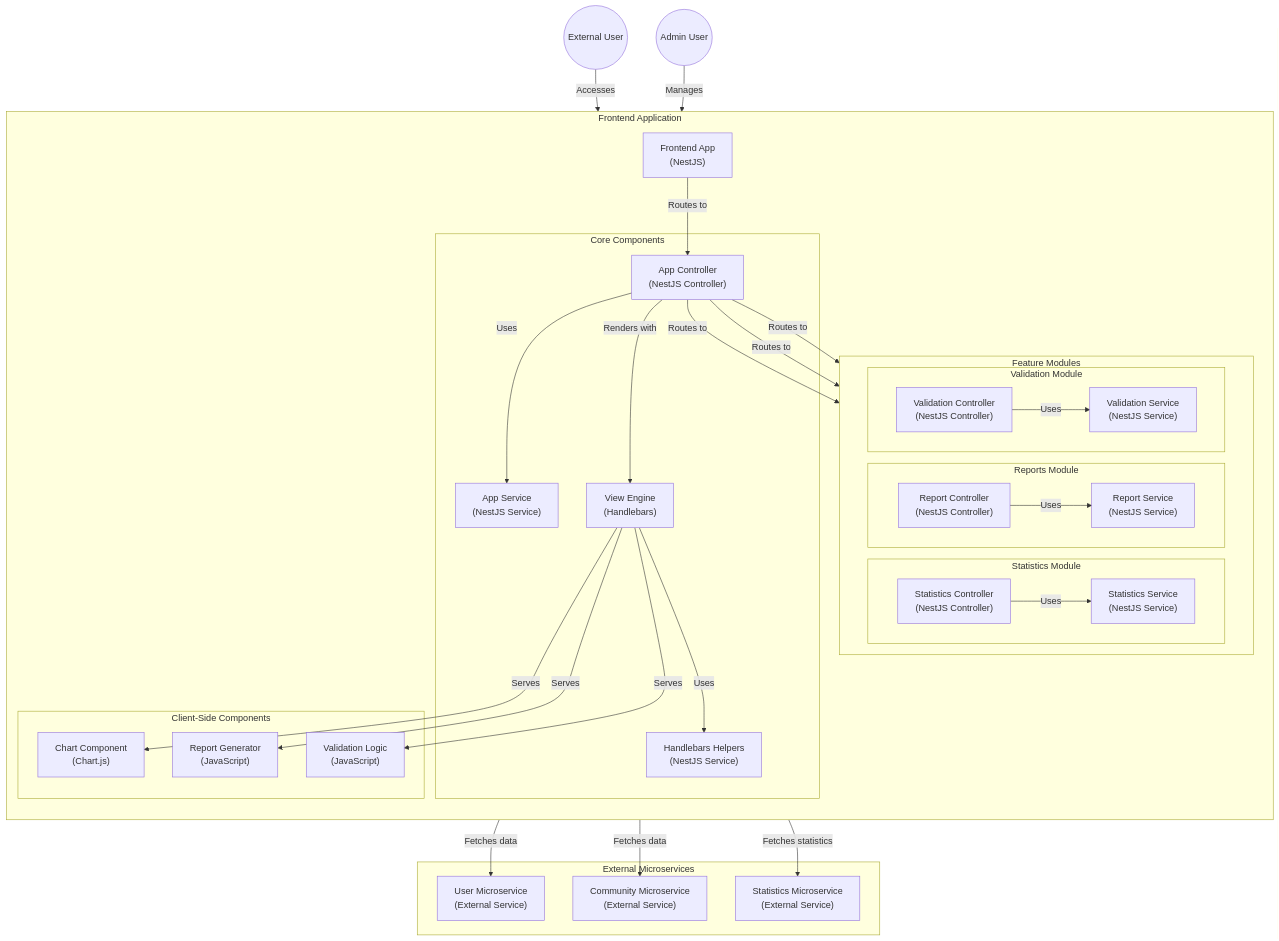
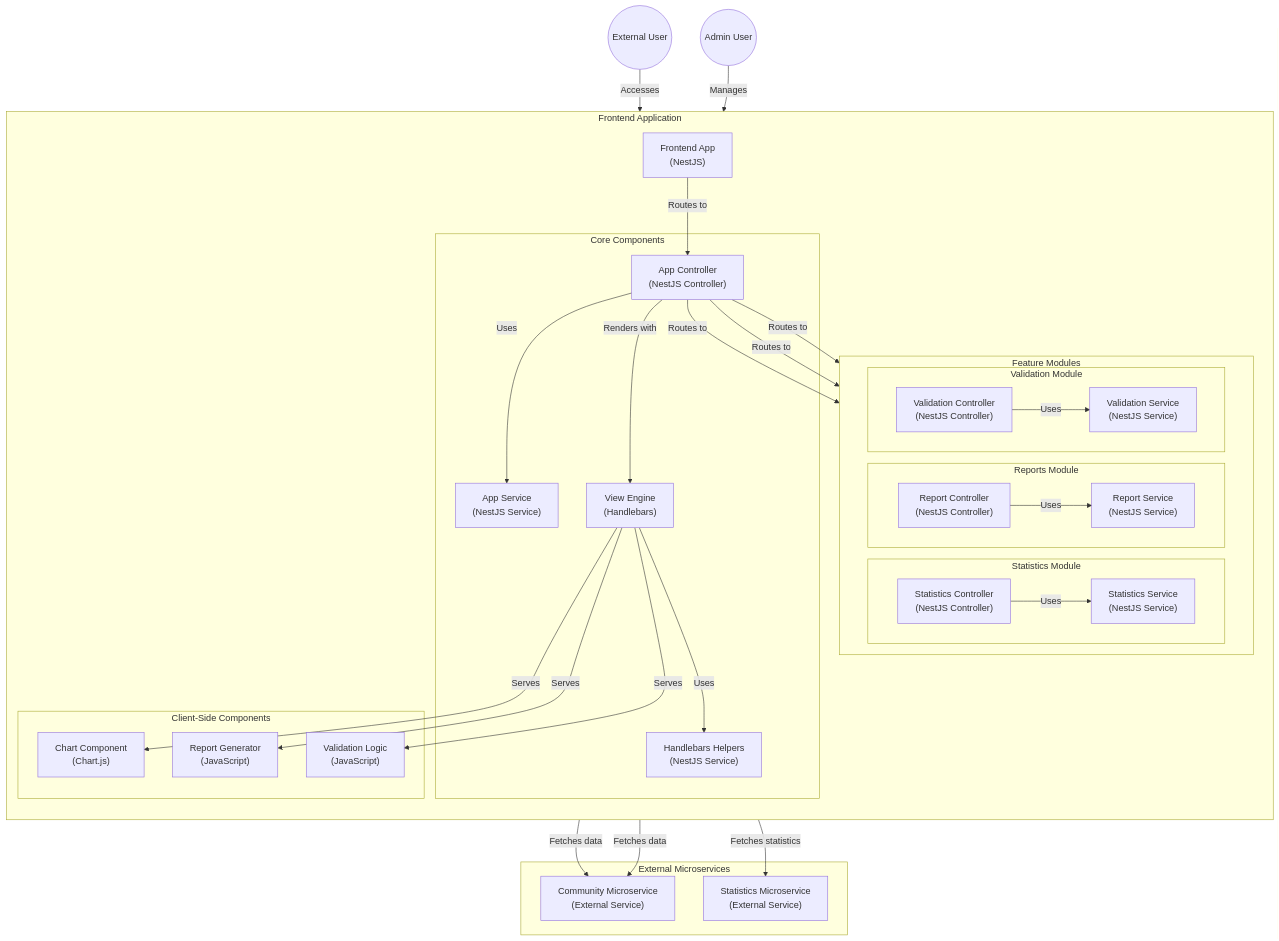
Before and after one commit to UnitHr/SolidarianID: the second of 2 diagrams in README.md, drawn with Mermaid.

Commit message:
refactor: Remove User Microservice reference and update data fetching connections in README

````diff
--- a/README.md
+++ b/README.md
@@ -163,76 +163,75 @@
 ```mermaid
 graph TB
     User((External User))
     Admin((Admin User))
 
     subgraph "Frontend Application"
         direction TB
         FrontendApp["Frontend App<br>(NestJS)"]
 
         subgraph "Core Components"
             AppController["App Controller<br>(NestJS Controller)"]
             AppService["App Service<br>(NestJS Service)"]
             ViewEngine["View Engine<br>(Handlebars)"]
             HelperService["Handlebars Helpers<br>(NestJS Service)"]
         end
 
         subgraph "Feature Modules"
             direction LR
             subgraph "Reports Module"
                 ReportController["Report Controller<br>(NestJS Controller)"]
                 ReportService["Report Service<br>(NestJS Service)"]
             end
 
             subgraph "Statistics Module"
                 StatController["Statistics Controller<br>(NestJS Controller)"]
                 StatService["Statistics Service<br>(NestJS Service)"]
             end
 
             subgraph "Validation Module"
                 ValidController["Validation Controller<br>(NestJS Controller)"]
                 ValidService["Validation Service<br>(NestJS Service)"]
             end
         end
 
         subgraph "Client-Side Components"
             ChartJS["Chart Component<br>(Chart.js)"]
             ReportGen["Report Generator<br>(JavaScript)"]
             Validation["Validation Logic<br>(JavaScript)"]
         end
     end
 
     subgraph "External Microservices"
-        UserMS["User Microservice<br>(External Service)"]
         CommunityMS["Community Microservice<br>(External Service)"]
         StatisticsMS["Statistics Microservice<br>(External Service)"]
     end
 
     %% User interactions
     User -->|"Accesses"| FrontendApp
     Admin -->|"Manages"| FrontendApp
 
     %% Frontend internal connections
     FrontendApp -->|"Routes to"| AppController
     AppController -->|"Uses"| AppService
     AppController -->|"Renders with"| ViewEngine
     ViewEngine -->|"Uses"| HelperService
 
     %% Module connections
     AppController -->|"Routes to"| ReportController
     AppController -->|"Routes to"| StatController
     AppController -->|"Routes to"| ValidController
 
     ReportController -->|"Uses"| ReportService
     StatController -->|"Uses"| StatService
     ValidController -->|"Uses"| ValidService
 
     %% Client-side connections
     ViewEngine -->|"Serves"| ChartJS
     ViewEngine -->|"Serves"| ReportGen
     ViewEngine -->|"Serves"| Validation
 
     %% External service connections
-    ReportService -->|"Fetches data"| UserMS
     ReportService -->|"Fetches data"| CommunityMS
+    ValidService -->|"Fetches data"| CommunityMS
     StatService -->|"Fetches statistics"| StatisticsMS
 ```
````
